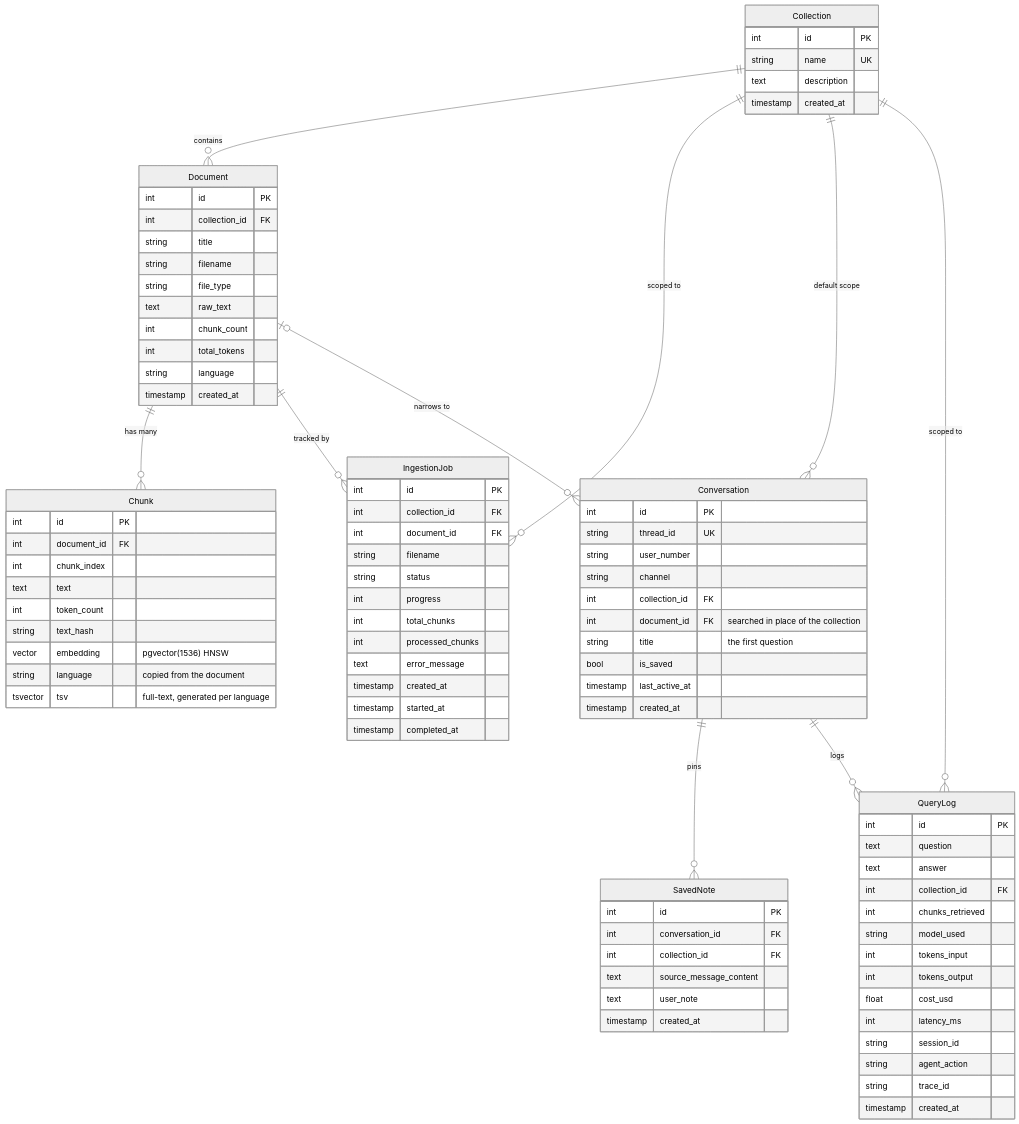
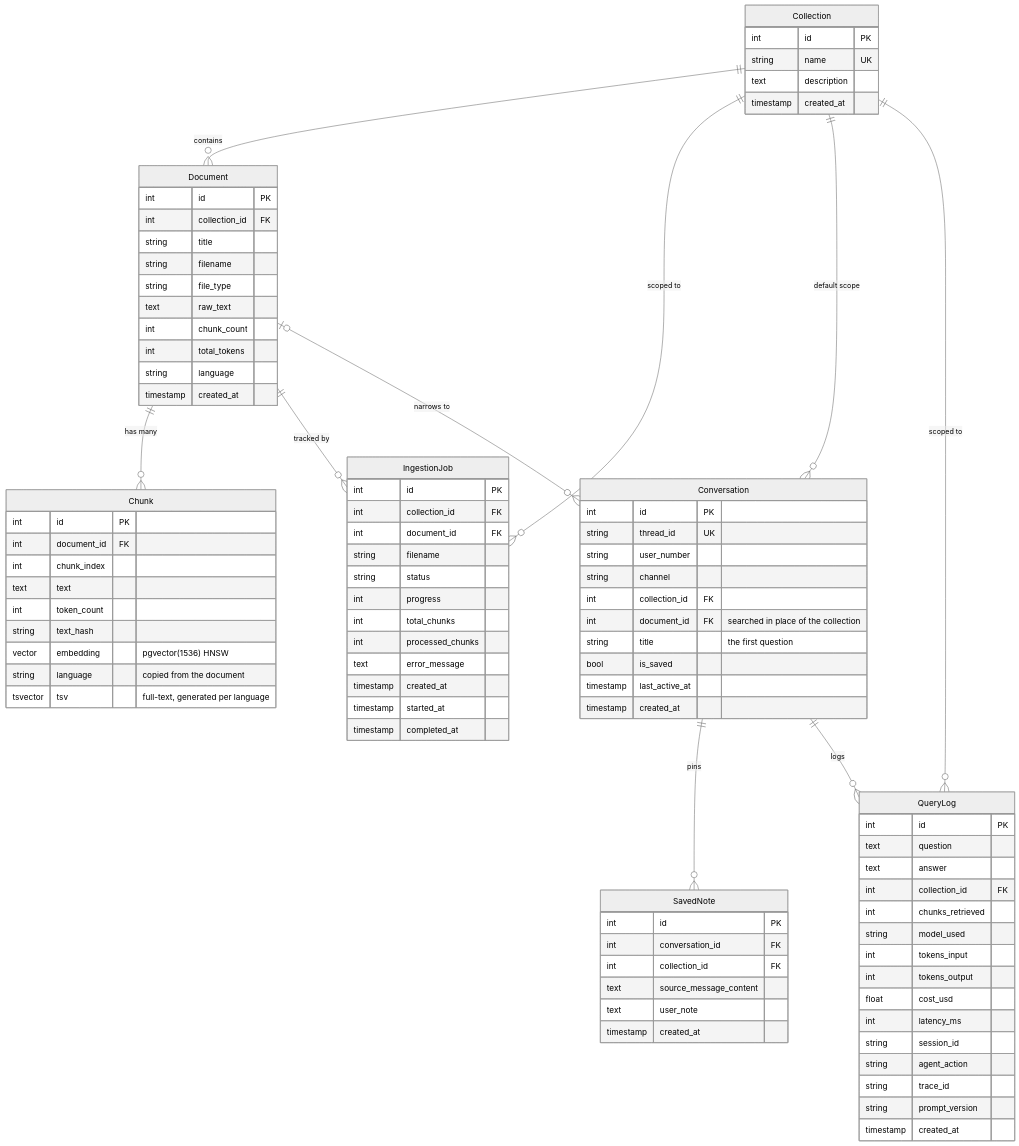
The fourth of 4 diagrams in ARCHITECTURE.md (FrancoCazal/WhisperDocs), drawn with Mermaid (neutral theme) before and after one commit. The commit also changed other lines of this file and 23 other files, not shown here.

```diff
--- a/ARCHITECTURE.md
+++ b/ARCHITECTURE.md
@@ -301,6 +301,7 @@
     string session_id
     string agent_action
     string trace_id
+    string prompt_version
     timestamp created_at
   }
 
```
